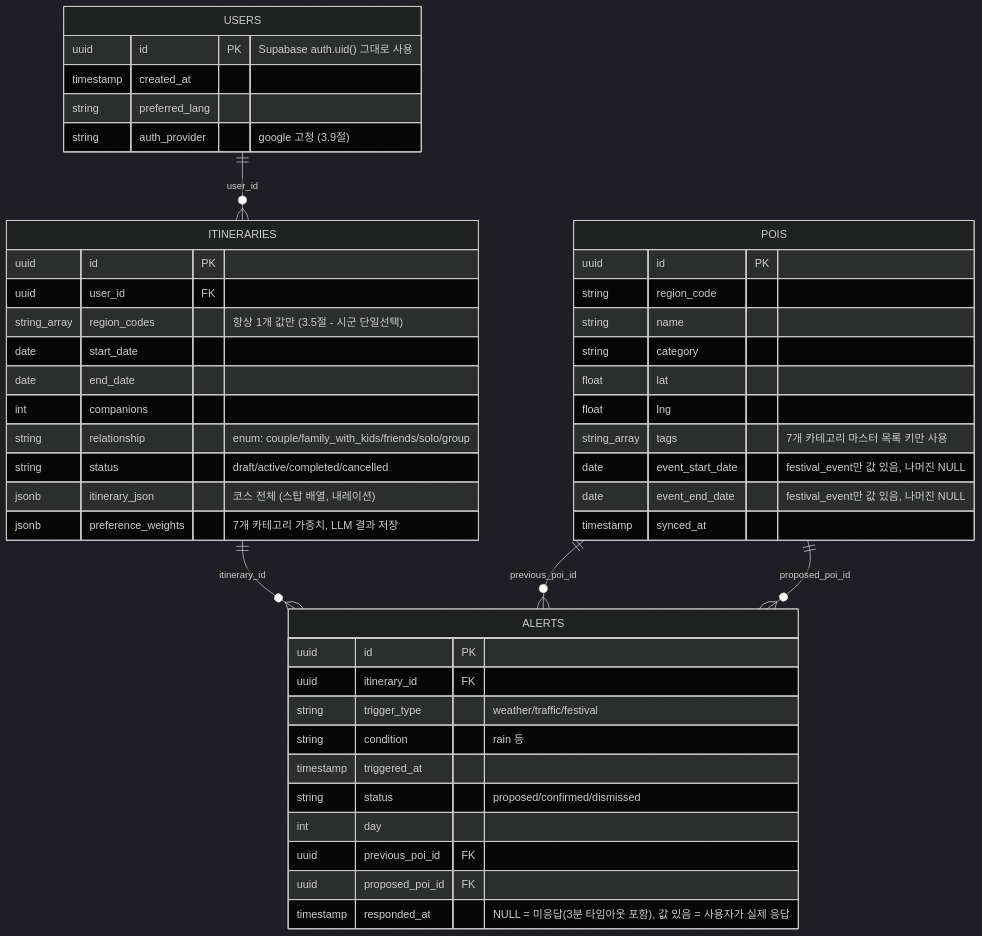
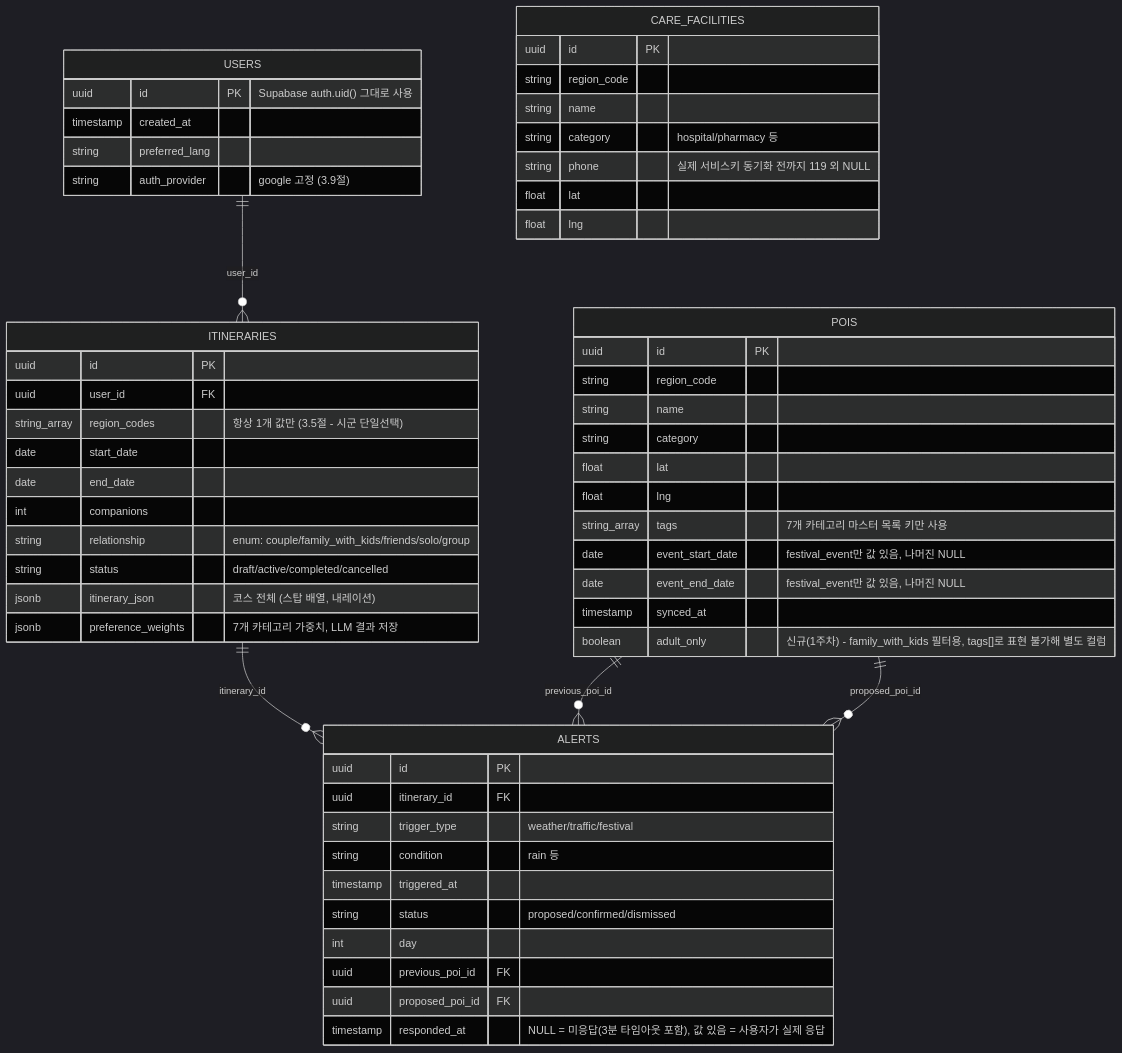
The first of 5 diagrams in docs/ERD_SEQUENCE.md (csh0616/GangWon_Go), drawn with Mermaid (dark theme) before and after one commit. The commit also changed 2 other files, not shown here.

Commit message:
docs: PM 반영 - target_poi_id, 인증명시, adult_only/care_facilities/RLS (백엔드 1차 리뷰)

````diff
--- a/docs/ERD_SEQUENCE.md
+++ b/docs/ERD_SEQUENCE.md
@@ -12,53 +12,64 @@
 ```mermaid
 erDiagram
     USERS ||--o{ ITINERARIES : "user_id"
     ITINERARIES ||--o{ ALERTS : "itinerary_id"
     POIS ||--o{ ALERTS : "previous_poi_id"
     POIS ||--o{ ALERTS : "proposed_poi_id"
 
     USERS {
         uuid id PK "Supabase auth.uid() 그대로 사용"
         timestamp created_at
         string preferred_lang
         string auth_provider "google 고정 (3.9절)"
     }
 
     ITINERARIES {
         uuid id PK
         uuid user_id FK
         string_array region_codes "항상 1개 값만 (3.5절 - 시군 단일선택)"
         date start_date
         date end_date
         int companions
         string relationship "enum: couple/family_with_kids/friends/solo/group"
         string status "draft/active/completed/cancelled"
         jsonb itinerary_json "코스 전체 (스탑 배열, 내레이션)"
         jsonb preference_weights "7개 카테고리 가중치, LLM 결과 저장"
     }
 
     POIS {
         uuid id PK
         string region_code
         string name
         string category
         float lat
         float lng
         string_array tags "7개 카테고리 마스터 목록 키만 사용"
         date event_start_date "festival_event만 값 있음, 나머진 NULL"
         date event_end_date "festival_event만 값 있음, 나머진 NULL"
         timestamp synced_at
+        boolean adult_only "신규(1주차) - family_with_kids 필터용, tags[]로 표현 불가해 별도 컬럼"
+    }
+
+    CARE_FACILITIES {
+        uuid id PK
+        string region_code
+        string name
+        string category "hospital/pharmacy 등"
+        string phone "실제 서비스키 동기화 전까지 119 외 NULL"
+        float lat
+        float lng
     }
 
     ALERTS {
         uuid id PK
         uuid itinerary_id FK
         string trigger_type "weather/traffic/festival"
         string condition "rain 등"
         timestamp triggered_at
         string status "proposed/confirmed/dismissed"
         int day
         uuid previous_poi_id FK
         uuid proposed_poi_id FK
         timestamp responded_at "NULL = 미응답(3분 타임아웃 포함), 값 있음 = 사용자가 실제 응답"
     }
 ```
````
